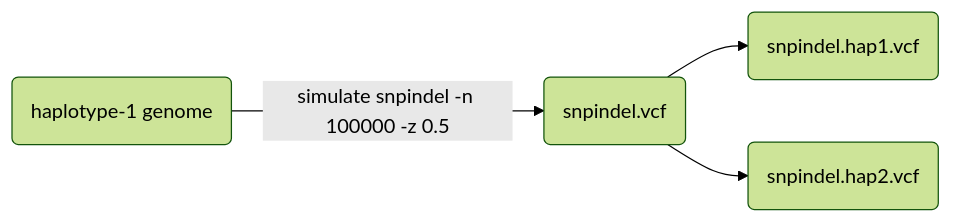
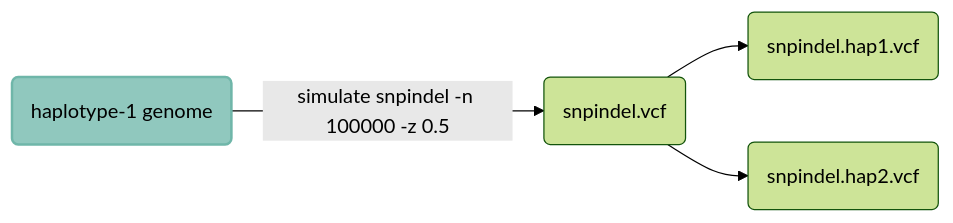
One commit to pdimens/harpy changed the fourth of 6 diagrams in Modules/Simulate/simulate-variants.md. Above: the diagram before and after it, drawn with Mermaid (forest theme). The commit also changed other lines of this file, not shown here.

````diff
--- a/Modules/Simulate/simulate-variants.md
+++ b/Modules/Simulate/simulate-variants.md
@@ -238,6 +253,8 @@
 ```mermaid
 graph LR
     geno(haplotype-1 genome)-->|simulate snpindel -n 100000 -z 0.5|hap(snpindel.vcf)
     hap-->hap1(snpindel.hap1.vcf)
     hap-->hap2(snpindel.hap2.vcf)
+    style geno fill:#90c8be,stroke:#6fb6a9,stroke-width:2px
+
 ```
````
